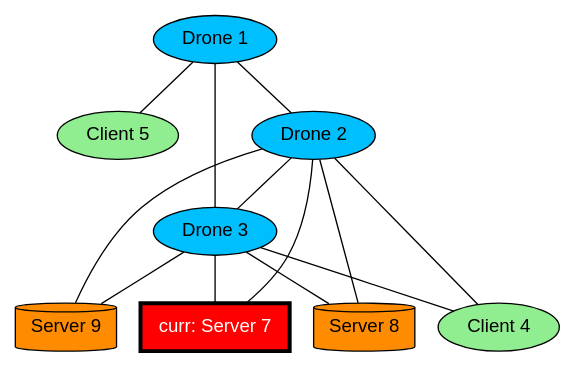
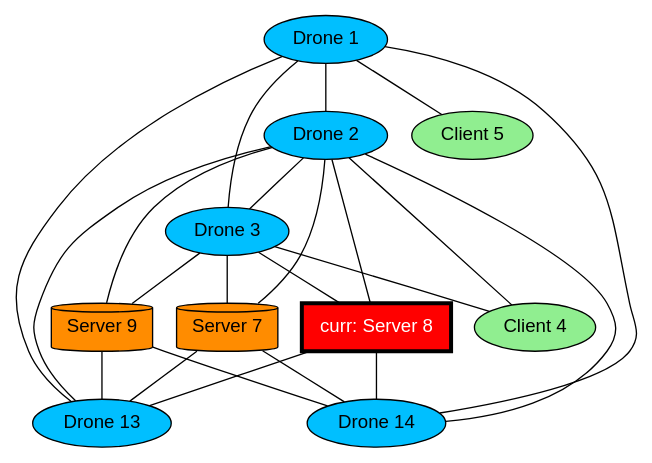
Before and after one commit to Beto-prog/Lab_progAvanzata: the diagram in codice/network_init/grafo.dot, drawn with Graphviz. The commit also changed 1 other file, not shown here.

Commit message:
simulation controller drone crash

```diff
--- a/codice/network_init/grafo.dot
+++ b/codice/network_init/grafo.dot
@@ -1,23 +1,35 @@
 graph G {
     node [fontname=Helvetica];
+    3 [label="Drone 3", fillcolor=deepskyblue, shape=ellipse, style=filled, penwidth=1, fontcolor=black];
+    8 [label="curr: Server 8", fillcolor=red, shape=box, style=filled, penwidth=3, fontcolor=white];
     1 [label="Drone 1", fillcolor=deepskyblue, shape=ellipse, style=filled, penwidth=1, fontcolor=black];
     5 [label="Client 5", fillcolor=lightgreen, shape=oval, style=filled, penwidth=1, fontcolor=black];
-    7 [label="curr: Server 7", fillcolor=red, shape=box, style=filled, penwidth=3, fontcolor=white];
-    8 [label="Server 8", fillcolor=darkorange, shape=cylinder, style=filled, penwidth=1, fontcolor=black];
+    4 [label="Client 4", fillcolor=lightgreen, shape=oval, style=filled, penwidth=1, fontcolor=black];
     2 [label="Drone 2", fillcolor=deepskyblue, shape=ellipse, style=filled, penwidth=1, fontcolor=black];
-    4 [label="Client 4", fillcolor=lightgreen, shape=oval, style=filled, penwidth=1, fontcolor=black];
+    13 [label="Drone 13", fillcolor=deepskyblue, shape=ellipse, style=filled, penwidth=1, fontcolor=black];
     9 [label="Server 9", fillcolor=darkorange, shape=cylinder, style=filled, penwidth=1, fontcolor=black];
-    3 [label="Drone 3", fillcolor=deepskyblue, shape=ellipse, style=filled, penwidth=1, fontcolor=black];
+    14 [label="Drone 14", fillcolor=deepskyblue, shape=ellipse, style=filled, penwidth=1, fontcolor=black];
+    7 [label="Server 7", fillcolor=darkorange, shape=cylinder, style=filled, penwidth=1, fontcolor=black];
+    3 -- 7;
+    3 -- 8;
+    2 -- 3;
+    3 -- 4;
+    3 -- 9;
     1 -- 3;
+    8 -- 13;
+    2 -- 8;
+    8 -- 14;
+    1 -- 13;
     1 -- 5;
     1 -- 2;
-    3 -- 7;
+    1 -- 14;
+    2 -- 4;
+    2 -- 14;
     2 -- 7;
-    2 -- 8;
-    3 -- 8;
-    2 -- 4;
-    2 -- 3;
+    2 -- 13;
     2 -- 9;
-    3 -- 4;
-    3 -- 9;
+    7 -- 13;
+    9 -- 13;
+    9 -- 14;
+    7 -- 14;
 }
```
